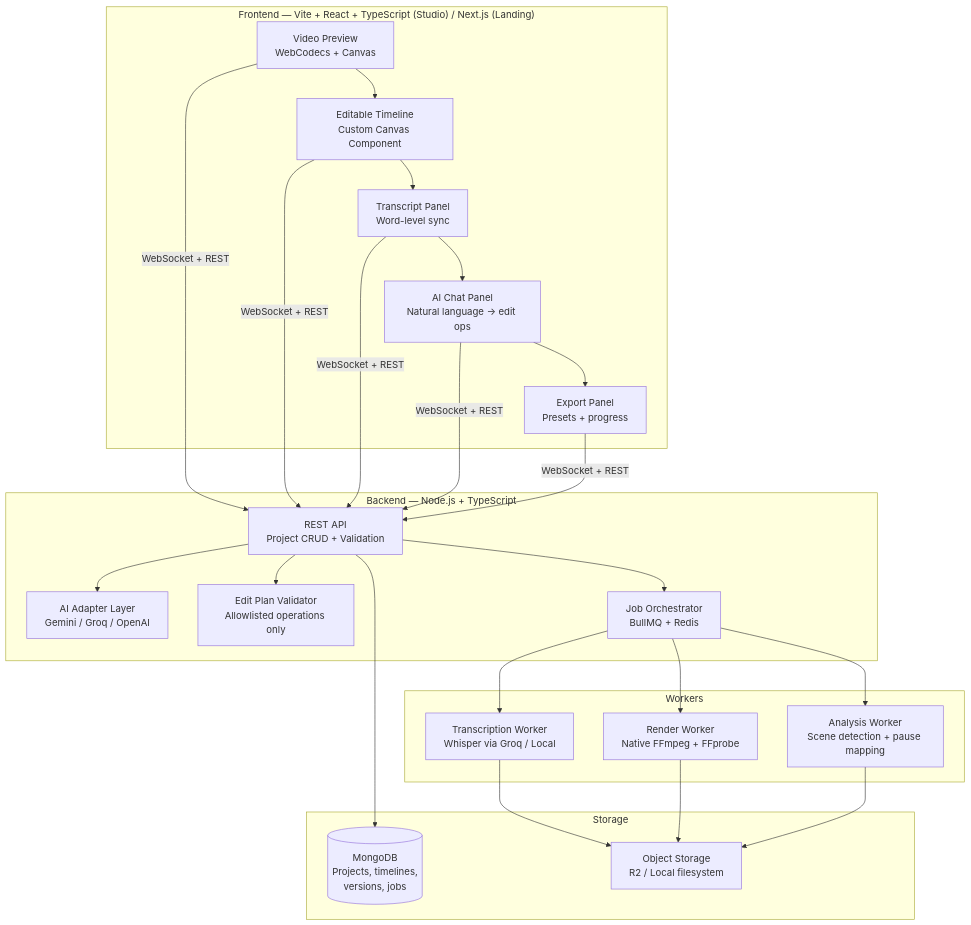
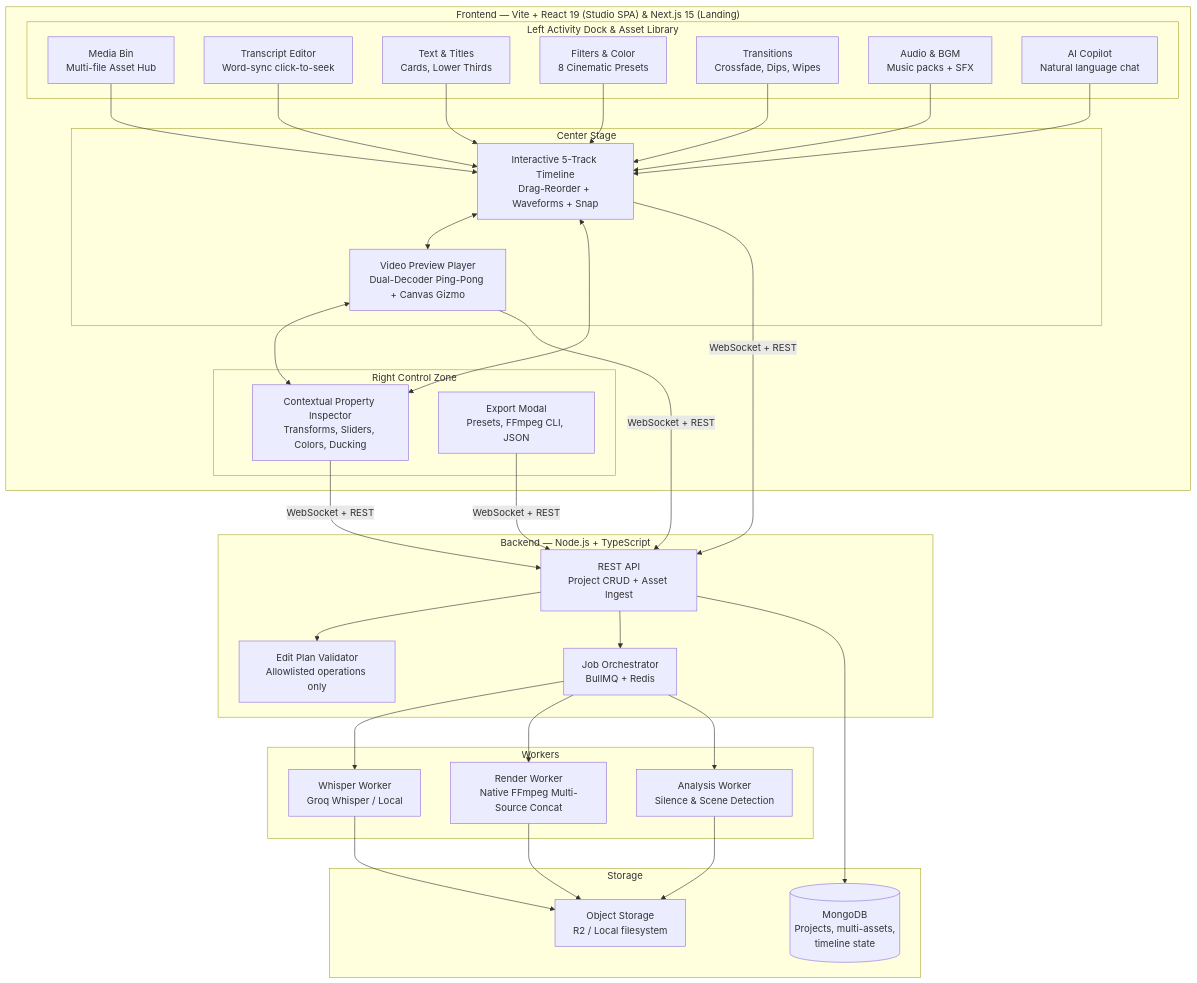
The diagram in docs/FINAL_PROJECT_PLAN.md (AwadhDhoot23/vid-edi), drawn with Mermaid before and after one commit. The commit also changed other lines of this file and 16 other files, not shown here.

Commit message:
feat(studio): implement 3-zone creator workspace with dual-control, direct manipulation, and multi-track creative engine

````diff
--- a/docs/FINAL_PROJECT_PLAN.md
+++ b/docs/FINAL_PROJECT_PLAN.md
@@ -93,33 +98,52 @@
 ```mermaid
 graph TB
-    subgraph "Frontend — Vite + React + TypeScript (Studio) / Next.js (Landing)"
-        A[Video Preview<br/>WebCodecs + Canvas] --> B[Editable Timeline<br/>Custom Canvas Component]
-        B --> C[Transcript Panel<br/>Word-level sync]
-        C --> D[AI Chat Panel<br/>Natural language → edit ops]
-        D --> E[Export Panel<br/>Presets + progress]
+    subgraph "Frontend — Vite + React 19 (Studio SPA) & Next.js 15 (Landing)"
+        subgraph "Left Activity Dock & Asset Library"
+            MB[Media Bin<br/>Multi-file Asset Hub]
+            TR[Transcript Editor<br/>Word-sync click-to-seek]
+            TT[Text & Titles<br/>Cards, Lower Thirds]
+            FL[Filters & Color<br/>8 Cinematic Presets]
+            TX[Transitions<br/>Crossfade, Dips, Wipes]
+            AU[Audio & BGM<br/>Music packs + SFX]
+            AI[AI Copilot<br/>Natural language chat]
+        end
+
+        subgraph "Center Stage"
+            PV[Video Preview Player<br/>Dual-Decoder Ping-Pong + Canvas Gizmo]
+            TL[Interactive 5-Track Timeline<br/>Drag-Reorder + Waveforms + Snap]
+        end
+
+        subgraph "Right Control Zone"
+            IN[Contextual Property Inspector<br/>Transforms, Sliders, Colors, Ducking]
+            EX[Export Modal<br/>Presets, FFmpeg CLI, JSON]
+        end
     end
 
+    MB & TR & TT & FL & TX & AU & AI --> TL
+    TL <--> PV
+    TL <--> IN
+    PV <--> IN
+
     subgraph "Backend — Node.js + TypeScript"
-        F[REST API<br/>Project CRUD + Validation]
-        G[AI Adapter Layer<br/>Gemini / Groq / OpenAI]
-        H[Edit Plan Validator<br/>Allowlisted operations only]
-        I[Job Orchestrator<br/>BullMQ + Redis]
+        API[REST API<br/>Project CRUD + Asset Ingest]
+        VAL[Edit Plan Validator<br/>Allowlisted operations only]
+        ORC[Job Orchestrator<br/>BullMQ + Redis]
     end
 
     subgraph "Workers"
-        J[Transcription Worker<br/>Whisper via Groq / Local]
-        K[Render Worker<br/>Native FFmpeg + FFprobe]
-        L[Analysis Worker<br/>Scene detection + pause mapping]
+        W1[Whisper Worker<br/>Groq Whisper / Local]
+        W2[Render Worker<br/>Native FFmpeg Multi-Source Concat]
+        W3[Analysis Worker<br/>Silence & Scene Detection]
     end
 
     subgraph "Storage"
-        M[(MongoDB<br/>Projects, timelines,<br/>versions, jobs)]
-        N[Object Storage<br/>R2 / Local filesystem]
+        DB[(MongoDB<br/>Projects, multi-assets,<br/>timeline state)]
+        OBJ[Object Storage<br/>R2 / Local filesystem]
     end
 
-    A & B & C & D & E -->|WebSocket + REST| F
-    F --> G & H & I
-    I --> J & K & L
-    F --> M
-    J & K & L --> N
+    PV & TL & IN & EX -->|WebSocket + REST| API
+    API --> VAL & ORC
+    ORC --> W1 & W2 & W3
+    API --> DB
+    W1 & W2 & W3 --> OBJ
 ```
````
